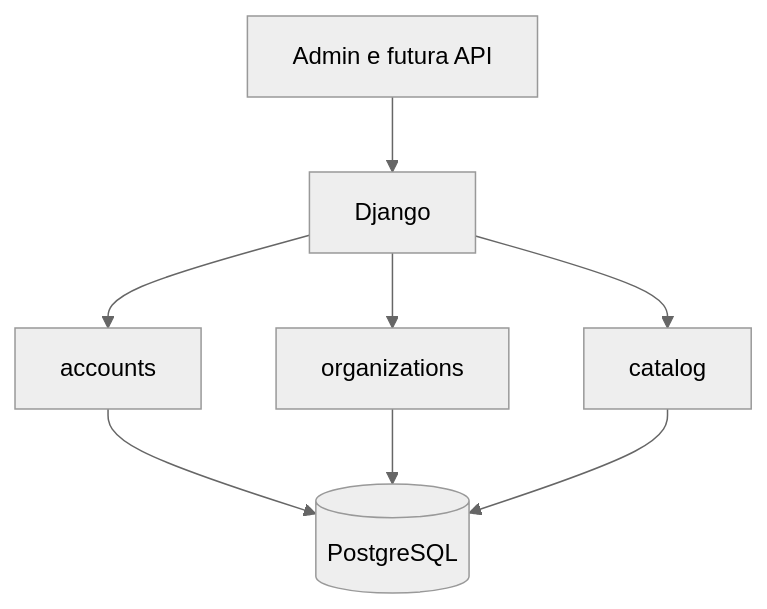
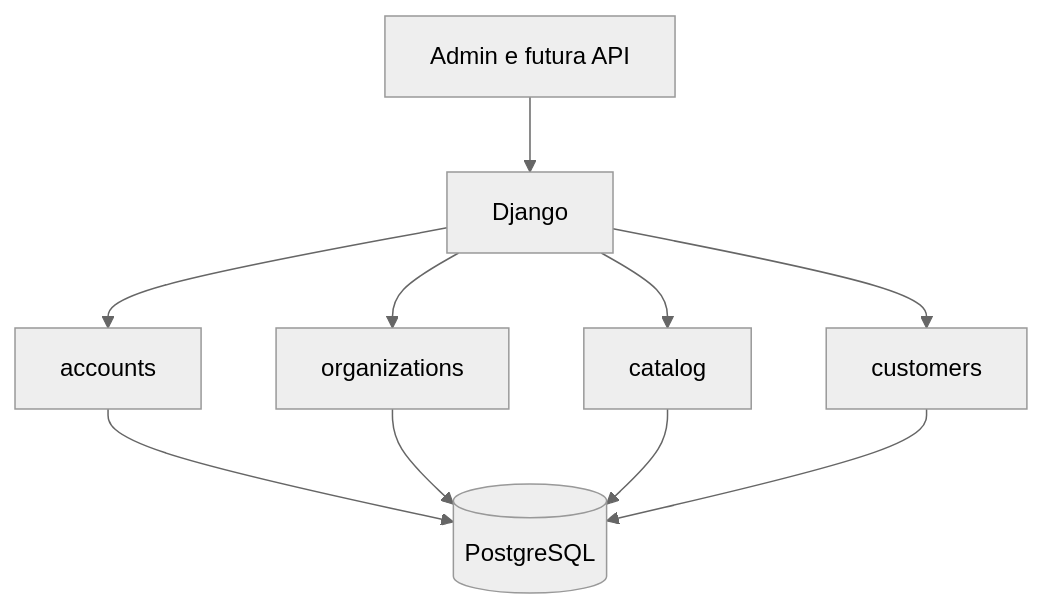
One commit to ViniciusSilva97/rental-platform changed the diagram in docs/architecture.md. Above: the diagram before and after it, drawn with Mermaid (neutral theme). The commit also changed other lines of this file and 22 other files, not shown here.

````diff
--- a/docs/architecture.md
+++ b/docs/architecture.md
@@ -10,10 +10,12 @@
 ```mermaid
 flowchart TD
     UI["Admin e futura API"] --> APP["Django"]
     APP --> ACC["accounts"]
     APP --> ORG["organizations"]
     APP --> CAT["catalog"]
+    APP --> CUS["customers"]
     ACC --> DB[("PostgreSQL")]
     ORG --> DB
     CAT --> DB
+    CUS --> DB
 ```
````
